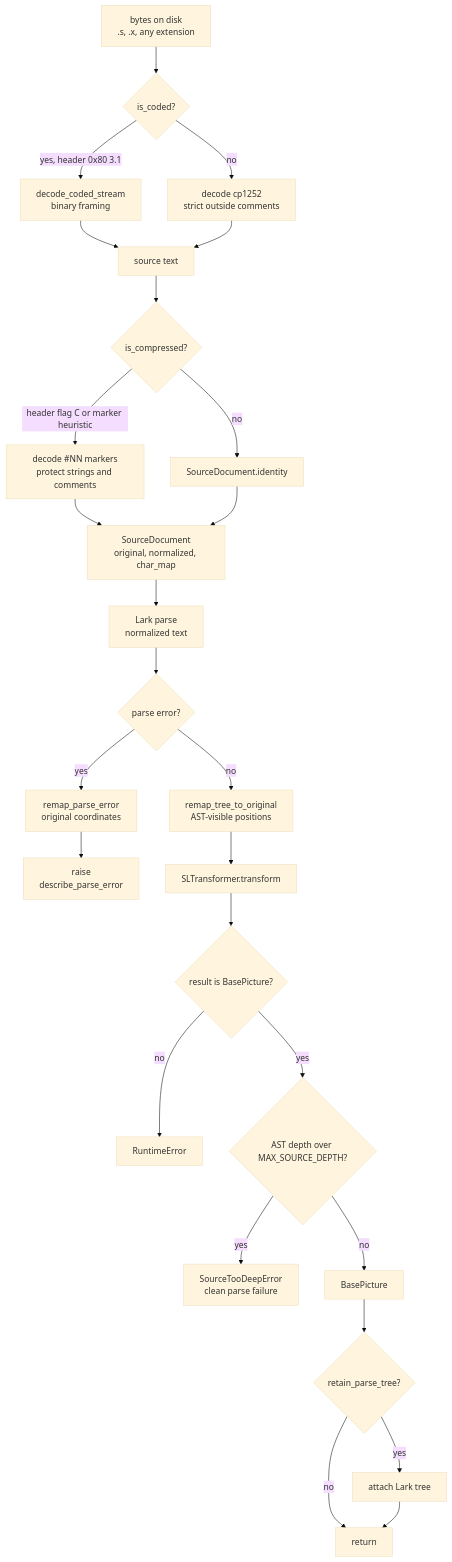
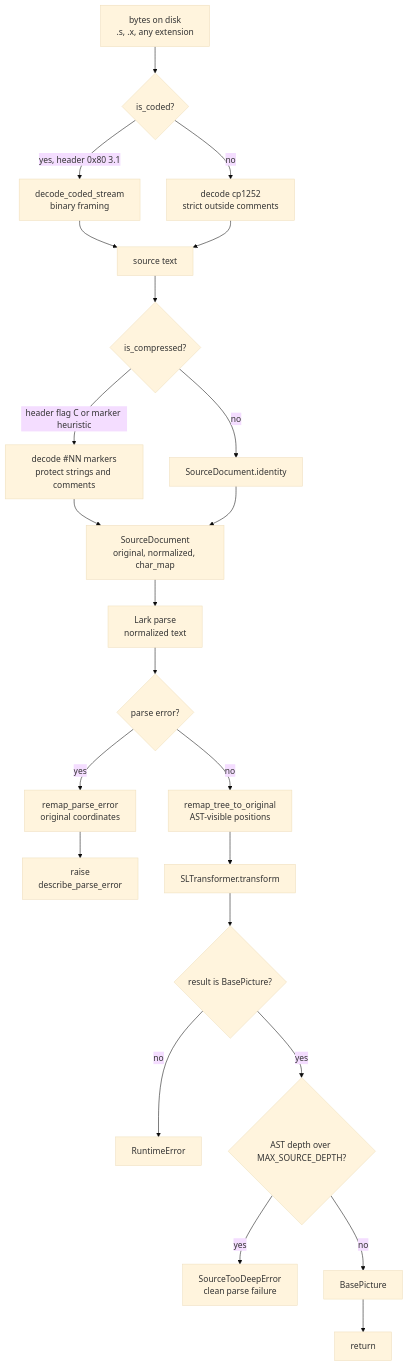
One commit to SorenHJohansen/sattline-parser changed the first of 2 diagrams in docs/parse-pipeline.md. Above: the diagram before and after it, drawn with Mermaid (base theme). The commit also changed 79 other files, not shown here.

````diff
--- a/docs/parse-pipeline.md
+++ b/docs/parse-pipeline.md
@@ -8,28 +8,25 @@
 ```mermaid
 flowchart TB
     A["bytes on disk<br/>.s, .x, any extension"] --> B{"is_coded?"}
     B -->|yes, header 0x80 3.1| C["decode_coded_stream<br/>binary framing"]
     B -->|no| D["decode cp1252<br/>strict outside comments"]
     C --> E["source text"]
     D --> E
     E --> F{"is_compressed?"}
     F -->|header flag C or marker heuristic| G["decode #NN markers<br/>protect strings and comments"]
     F -->|no| H["SourceDocument.identity"]
     G --> I["SourceDocument<br/>original, normalized, char_map"]
     H --> I
     I --> J["Lark parse<br/>normalized text"]
     J --> K{"parse error?"}
     K -->|yes| L["remap_parse_error<br/>original coordinates"]
     L --> M["raise<br/>describe_parse_error"]
     K -->|no| N["remap_tree_to_original<br/>AST-visible positions"]
     N --> O["SLTransformer.transform"]
     O --> P{"result is BasePicture?"}
     P -->|no| Q["RuntimeError"]
     P -->|yes| DEPTH{"AST depth over MAX_SOURCE_DEPTH?"}
     DEPTH -->|yes| DEPTHFAIL["SourceTooDeepError<br/>clean parse failure"]
     DEPTH -->|no| R["BasePicture"]
-    R --> S{"retain_parse_tree?"}
-    S -->|yes| T["attach Lark tree"]
-    S -->|no| U["return"]
-    T --> U
+    R --> U["return"]
 ```
````
